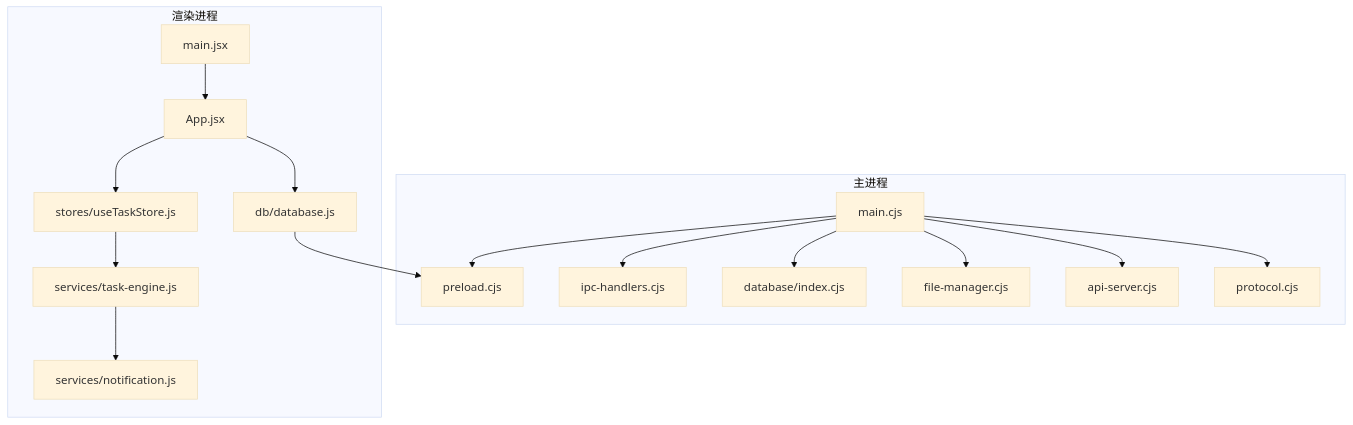
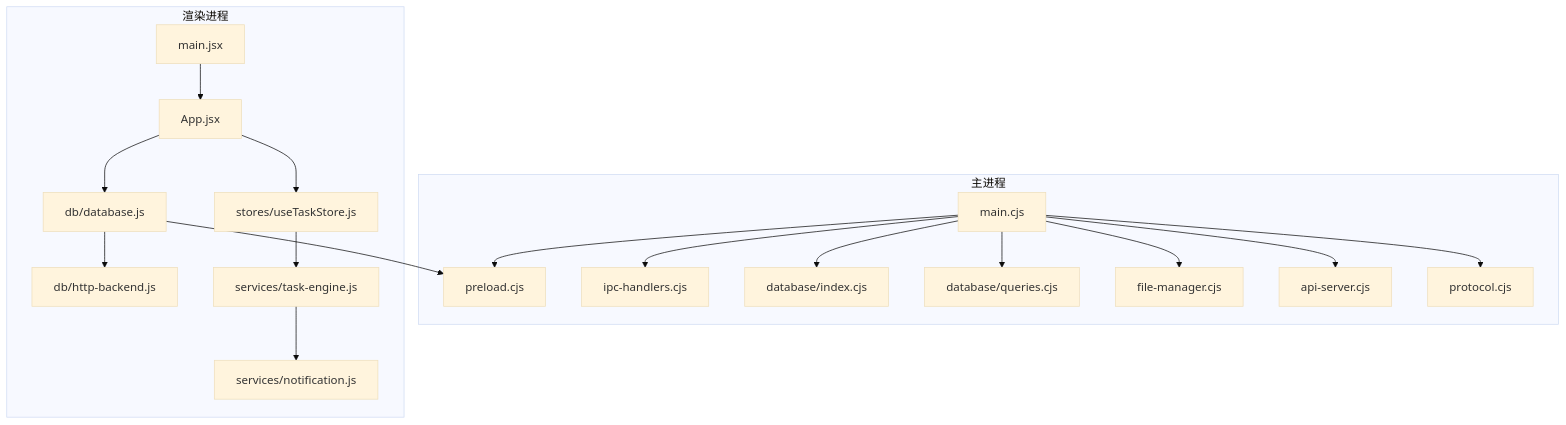
Before and after one commit to AlbusWei/AI-Image-Studio: the first of 12 diagrams in .qoder/repowiki/zh/content/架构设计/Electron 桌面应用架构.md, drawn with Mermaid (base theme). The commit also changed other lines of this file and 26 other files, not shown here.

First line of the commit message:
fix: 修复 Electron 模式下 Gallery 无法显示图片的 3 个断裂点

````diff
--- a/.qoder/repowiki/zh/content/架构设计/Electron 桌面应用架构.md
+++ b/.qoder/repowiki/zh/content/架构设计/Electron 桌面应用架构.md
@@ -56,32 +71,36 @@
 ```mermaid
 graph TB
 subgraph "主进程"
 M["main.cjs"]
 P["preload.cjs"]
 H["ipc-handlers.cjs"]
 DBI["database/index.cjs"]
+DBQ["database/queries.cjs"]
 FM["file-manager.cjs"]
 API["api-server.cjs"]
 PR["protocol.cjs"]
 end
 subgraph "渲染进程"
 RMain["main.jsx"]
 App["App.jsx"]
 DBF["db/database.js"]
+HTTPB["db/http-backend.js"]
 TE["services/task-engine.js"]
 TS["stores/useTaskStore.js"]
 NTF["services/notification.js"]
 end
 M --> P
 M --> H
 M --> DBI
+M --> DBQ
 M --> FM
 M --> API
 M --> PR
 RMain --> App
 App --> DBF
+DBF --> HTTPB
 App --> TS
 TS --> TE
 TE --> NTF
 DBF --> P
 ```
````
